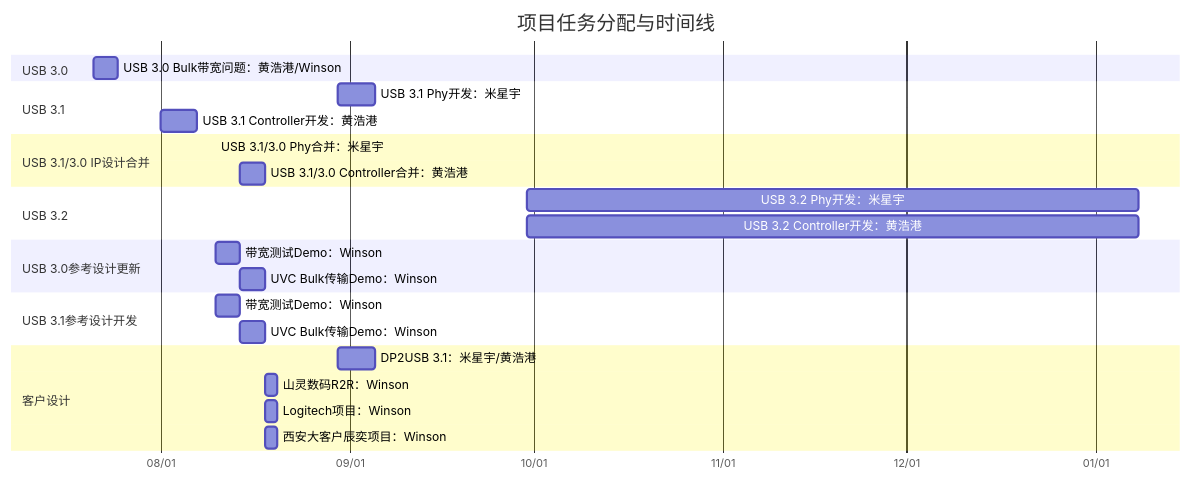
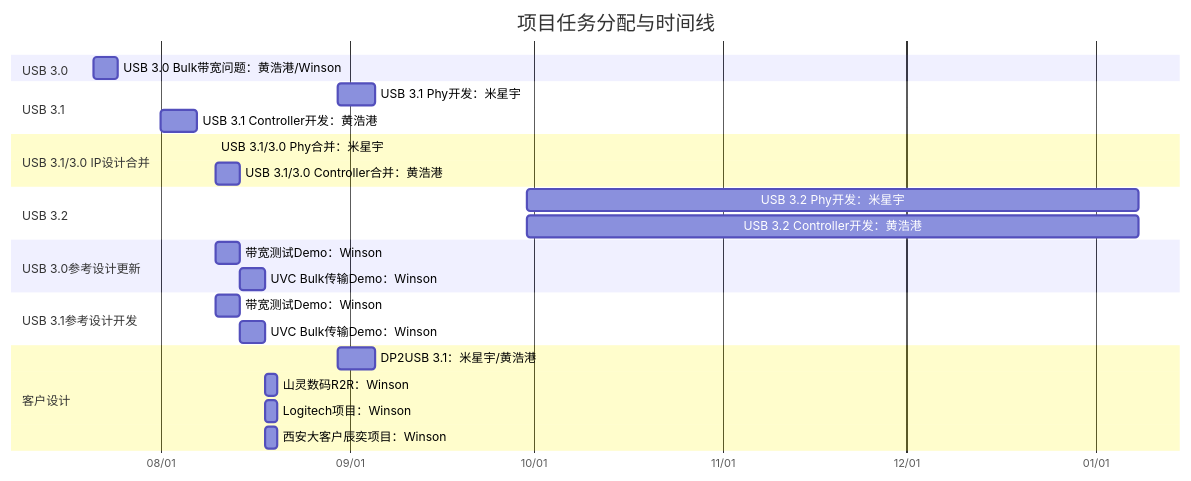
The diagram in all/未命名.md (winsonbook/iodraw-files), drawn with Mermaid before and after one commit.

Commit message:
2025-07-21 10:09:16 update

````diff
--- a/all/未命名.md
+++ b/all/未命名.md
@@ -1,35 +1,35 @@
 ```mermaid
 gantt
     title 项目任务分配与时间线
     dateFormat  YYYY-MM-DD
     axisFormat  %m/%d
 
     section USB 3.0
     USB 3.0 Bulk带宽问题：黄浩港/Winson   :    task1, 2025-07-21, 4d
 
     section USB 3.1
     USB 3.1 Phy开发：米星宇      :         task2, 2025-08-30, 6d
     USB 3.1 Controller开发：黄浩港      :  task3, 2025-08-01, 6d
 
     section USB 3.1/3.0 IP设计合并
-    USB 3.1/3.0 Phy合并：米星宇       :    task4, 2025-08-10, 1
-    USB 3.1/3.0 Controller合并：黄浩港:    task5, 2025-08-14, 4d
+    USB 3.1/3.0 Phy合并：米星宇       :    task4, 2025-08-10, 
+    USB 3.1/3.0 Controller合并：黄浩港:    task5, 2025-08-10, 4d
 
     section USB 3.2
     USB 3.2 Phy开发：米星宇      :         task2, 2025-09-30, 100d
     USB 3.2 Controller开发：黄浩港      :  task3, 2025-09-30, 100d
 
     section USB 3.0参考设计更新
     带宽测试Demo：Winson       :         task6, 2025-08-10, 4d
     UVC Bulk传输Demo：Winson   :        task7, 2025-08-14, 4d
 
     section USB 3.1参考设计开发
     带宽测试Demo：Winson       :         task8, 2025-08-10, 4d
     UVC Bulk传输Demo：Winson   :         task9, 2025-08-14, 4d
 
     section 客户设计
     DP2USB 3.1：米星宇/黄浩港      :task10, 2025-08-30, 6d
     山灵数码R2R：Winson :             task11, 2025-08-18, 2d
     Logitech项目：Winson :            task12, 2025-08-18, 2d
     西安大客户辰奕项目：Winson :       task13, 2025-08-18, 2d
 ```
````
